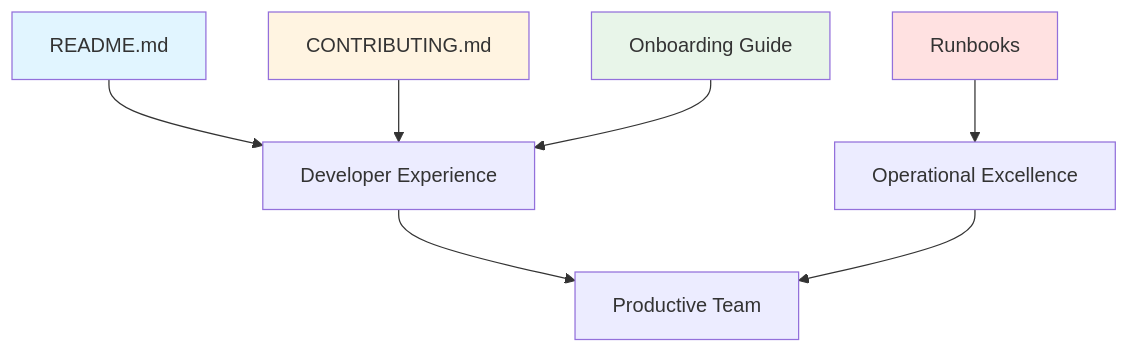
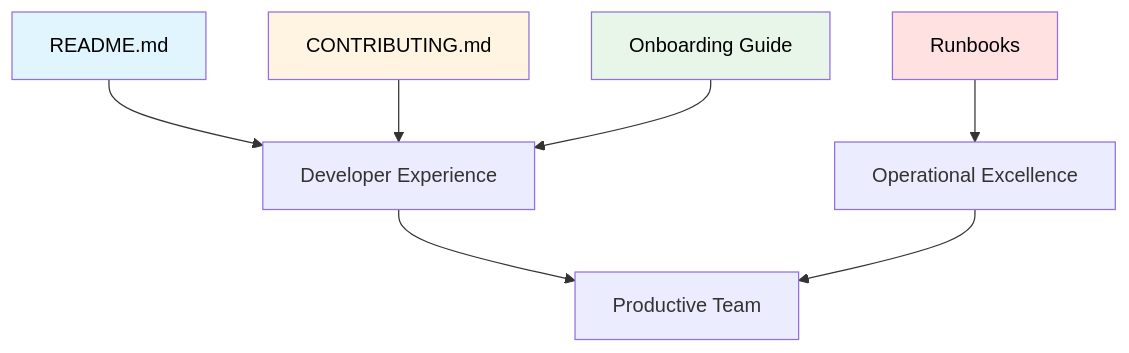
One commit to jclemente-tlm/tlm-doc-architecture changed the diagram in docs/fundamentos-corporativos/estandares/documentacion/technical-documentation.md. Above: the diagram before and after it, drawn with Mermaid. The commit also changed 21 other files, not shown here.

````diff
--- a/docs/fundamentos-corporativos/estandares/documentacion/technical-documentation.md
+++ b/docs/fundamentos-corporativos/estandares/documentacion/technical-documentation.md
@@ -48,14 +48,14 @@
 ```mermaid
 graph TB
     A[README.md] --> B[Developer Experience]
     C[CONTRIBUTING.md] --> B
     D[Onboarding Guide] --> B
     E[Runbooks] --> F[Operational Excellence]
     B --> G[Productive Team]
     F --> G
 
-    style A fill:#e1f5ff
-    style C fill:#fff4e1
-    style D fill:#e8f5e9
-    style E fill:#ffe1e1
+    style A fill:#e1f5ff,color:#000000
+    style C fill:#fff4e1,color:#000000
+    style D fill:#e8f5e9,color:#000000
+    style E fill:#ffe1e1,color:#000000
 ```
````
